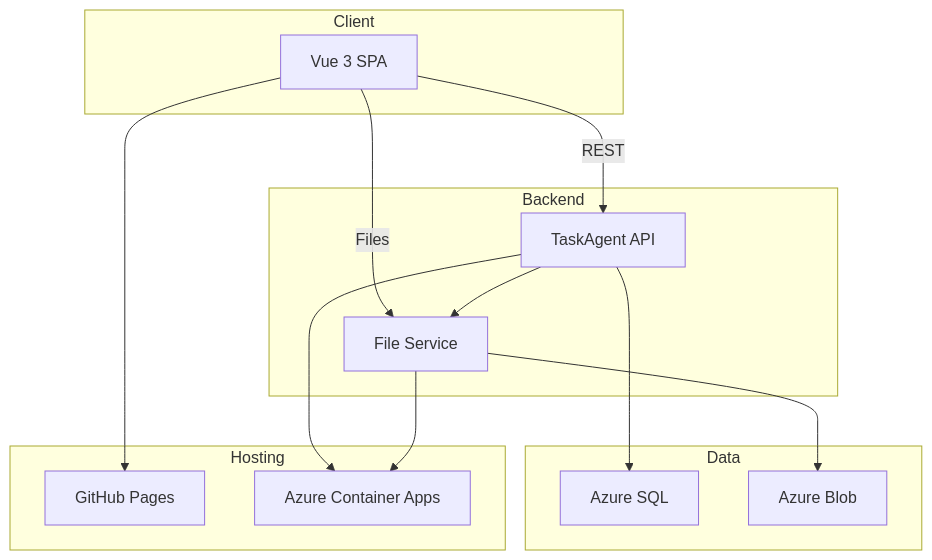
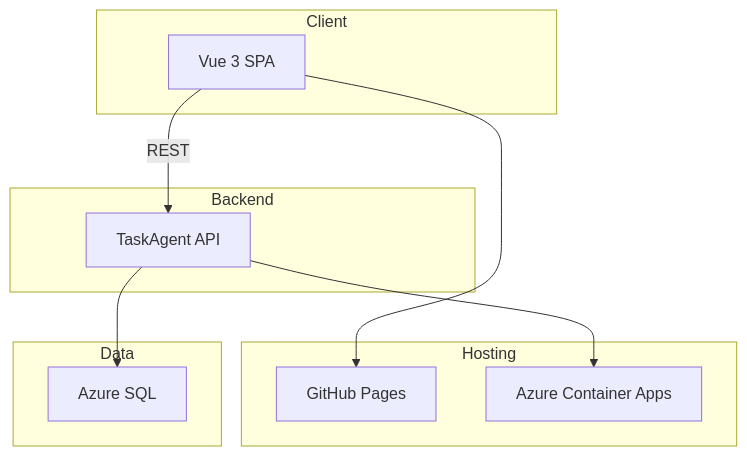
The second of 2 diagrams in README.md (shray7/TaskAgent), drawn with Mermaid before and after one commit. The commit also changed other lines of this file and 98 other files, not shown here.

````diff
--- a/README.md
+++ b/README.md
@@ -55,30 +50,24 @@
 ```mermaid
 flowchart TB
     subgraph client [Client]
         Vue[Vue 3 SPA]
     end
 
     subgraph hosting [Hosting]
         Pages[GitHub Pages]
         ACA[Azure Container Apps]
     end
 
     subgraph backend [Backend]
         API[TaskAgent API]
-        FileSvc[File Service]
     end
 
     subgraph data [Data]
         SQL[Azure SQL]
-        Blob[Azure Blob]
     end
 
     Vue --> Pages
     Vue -->|REST| API
-    Vue -->|Files| FileSvc
     API --> SQL
-    API --> FileSvc
-    FileSvc --> Blob
     API --> ACA
-    FileSvc --> ACA
 ```
````
